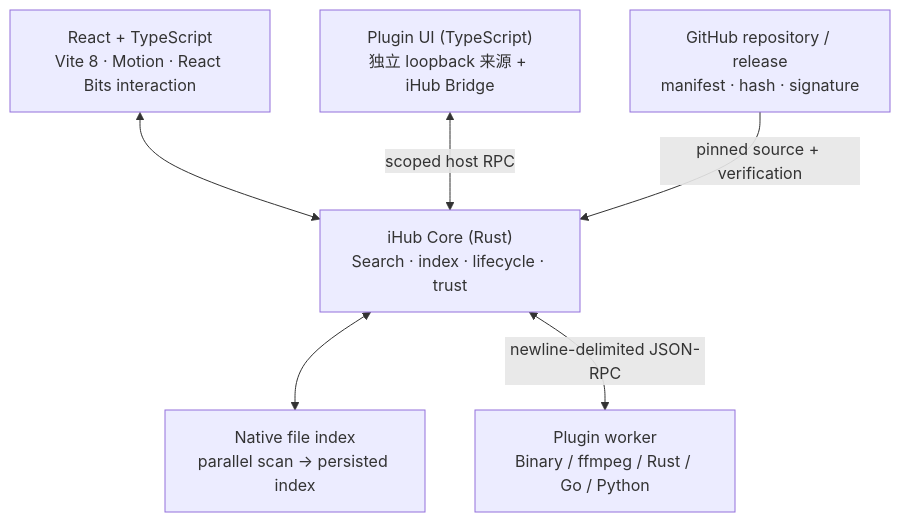
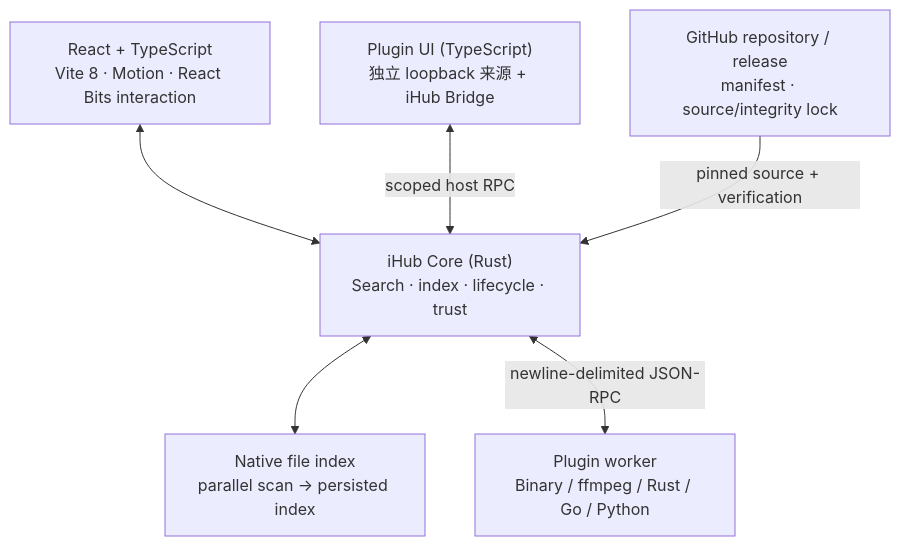
One commit to neko233-com/ihub changed the diagram in README.md. Above: the diagram before and after it, drawn with Mermaid. The commit also changed other lines of this file and 5 other files, not shown here.

```diff
--- a/README.md
+++ b/README.md
@@ -45,15 +48,15 @@
 ~~~mermaid
 flowchart TB
   UI["React + TypeScript<br/>Vite 8 · Motion · React Bits interaction"]
   CORE["iHub Core (Rust)<br/>Search · index · lifecycle · trust"]
   FS["Native file index<br/>parallel scan → persisted index"]
   PUI["Plugin UI (TypeScript)<br/>独立 loopback 来源 + iHub Bridge"]
   WORKER["Plugin worker<br/>Binary / ffmpeg / Rust / Go / Python"]
-  GH["GitHub repository / release<br/>manifest · hash · signature"]
+  GH["GitHub repository / release<br/>manifest · source/integrity lock"]
 
   UI <--> CORE
   CORE <--> FS
   PUI <-->|"scoped host RPC"| CORE
   CORE <-->|"newline-delimited JSON-RPC"| WORKER
   GH -->|"pinned source + verification"| CORE
 ~~~
```
